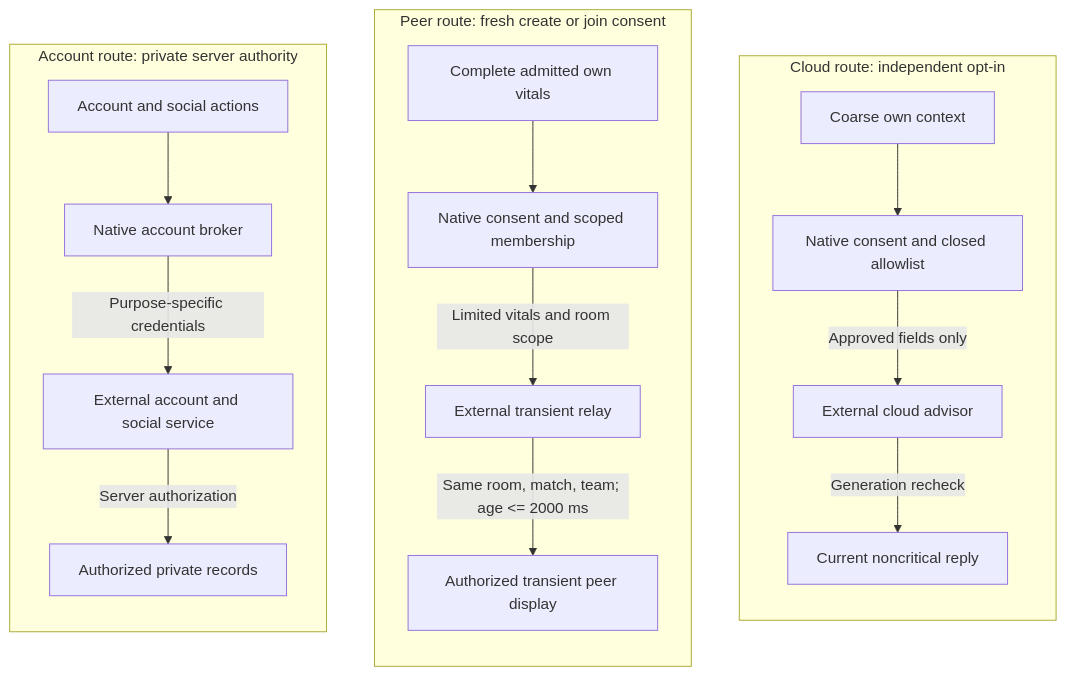
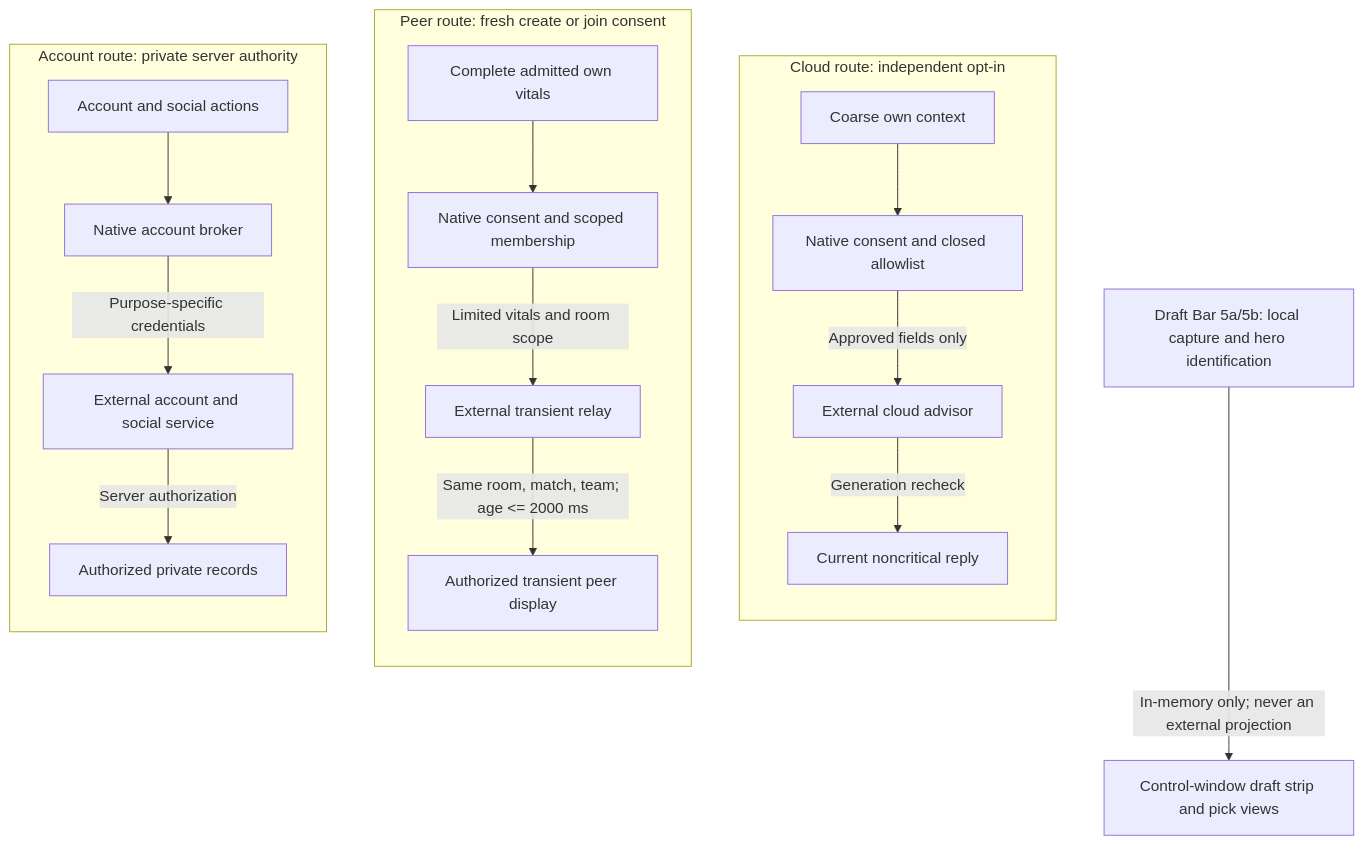
The diagram in docs/diagrams/source/DGM-005-external-data-flow.mmd (Freshair129/kohbor), drawn with Mermaid before and after one commit. The commit also changed 33 other files, not shown here.

First line of the commit message:
docs(spec): record DEC-CRITICAL-MEDIA and DEC-RISK-DETAIL approach, add UI-012 draft strip, refresh diagrams

```diff
--- a/docs/diagrams/source/DGM-005-external-data-flow.mmd
+++ b/docs/diagrams/source/DGM-005-external-data-flow.mmd
@@ -1,31 +1,34 @@
 flowchart TB
   subgraph CloudRoute["Cloud route: independent opt-in"]
     direction TB
     Context["Coarse own context"]
     CloudGate["Native consent and closed allowlist"]
     Cloud["External cloud advisor"]
     Reply["Current noncritical reply"]
     Context --> CloudGate
     CloudGate -->|"Approved fields only"| Cloud
     Cloud -->|"Generation recheck"| Reply
   end
   subgraph PeerRoute["Peer route: fresh create or join consent"]
     direction TB
     OwnVitals["Complete admitted own vitals"]
     PeerGate["Native consent and scoped membership"]
     Relay["External transient relay"]
     PeerView["Authorized transient peer display"]
     OwnVitals --> PeerGate
     PeerGate -->|"Limited vitals and room scope"| Relay
     Relay -->|"Same room, match, team; age <= 2000 ms"| PeerView
   end
   subgraph AccountRoute["Account route: private server authority"]
     direction TB
     AccountAction["Account and social actions"]
     Broker["Native account broker"]
     Social["External account and social service"]
     Records["Authorized private records"]
     AccountAction --> Broker
     Broker -->|"Purpose-specific credentials"| Social
     Social -->|"Server authorization"| Records
   end
+  DraftLocal["Draft Bar 5a/5b: local capture and hero identification"]
+  ControlDisplay["Control-window draft strip and pick views"]
+  DraftLocal -->|"In-memory only; never an external projection"| ControlDisplay
```
